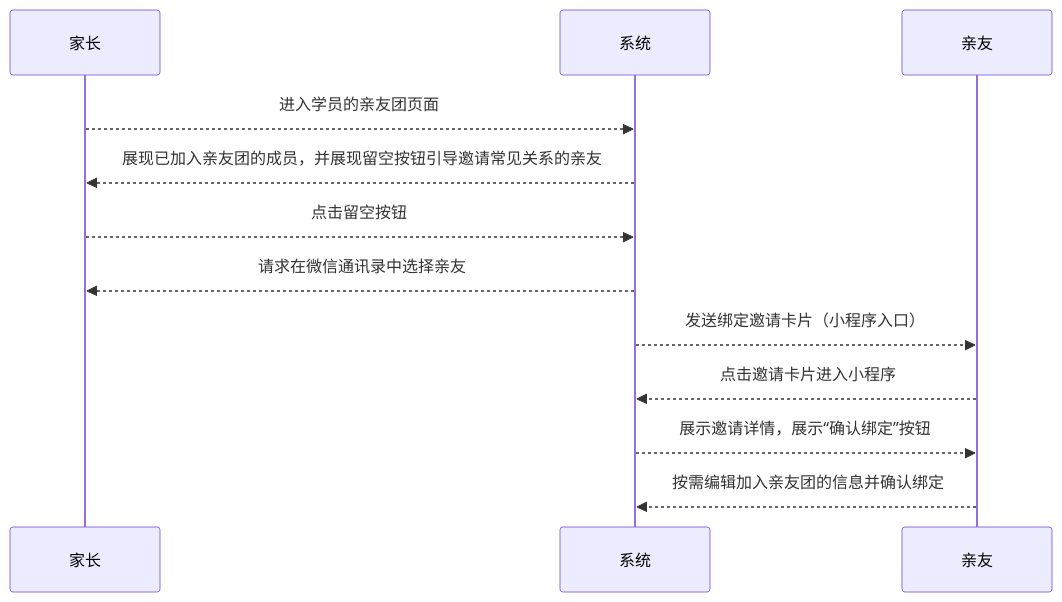
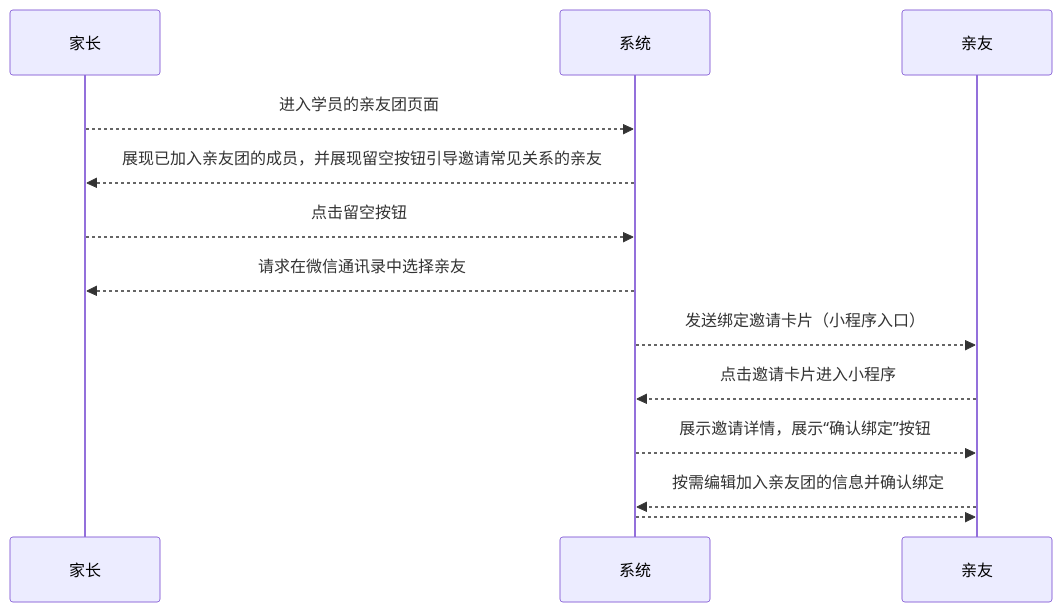
The first of 2 diagrams in 用例/家长-学员关系绑定.md (world-wide-web/sign), drawn with Mermaid before and after one commit. The commit also changed other lines of this file, not shown here.

Commit message:
用例/家长-学员关系绑定.md updated from https://stackedit.io/

````diff
--- a/用例/家长-学员关系绑定.md
+++ b/用例/家长-学员关系绑定.md
@@ -10,20 +10,22 @@
 ```mermaid
 sequenceDiagram
 
 家长-->>系统: 进入学员的亲友团页面
 
 系统-->>家长: 展现已加入亲友团的成员，并展现留空按钮引导邀请常见关系的亲友
 
 家长-->>系统: 点击留空按钮
 
 系统-->>家长: 请求在微信通讯录中选择亲友
 
 系统-->>亲友: 发送绑定邀请卡片（小程序入口）
 
 亲友-->>系统: 点击邀请卡片进入小程序
 
 系统-->>亲友: 展示邀请详情，展示“确认绑定”按钮
 
 亲友-->>系统: 按需编辑加入亲友团的信息并确认绑定
 
+系统-->>亲友: 
+
 ```
````
